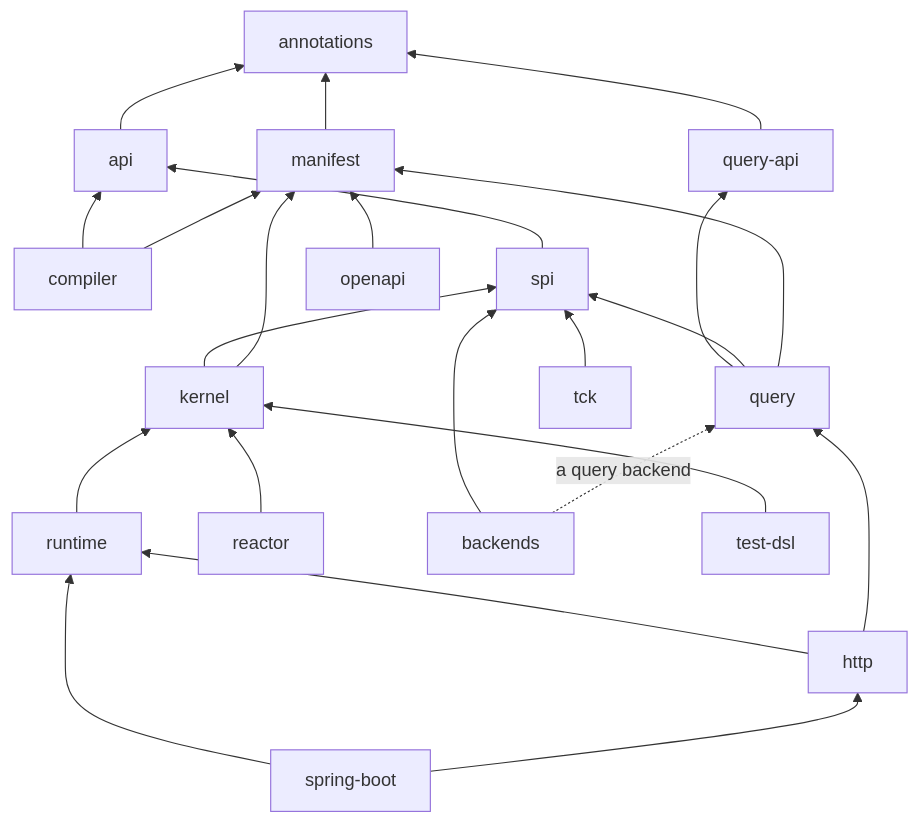
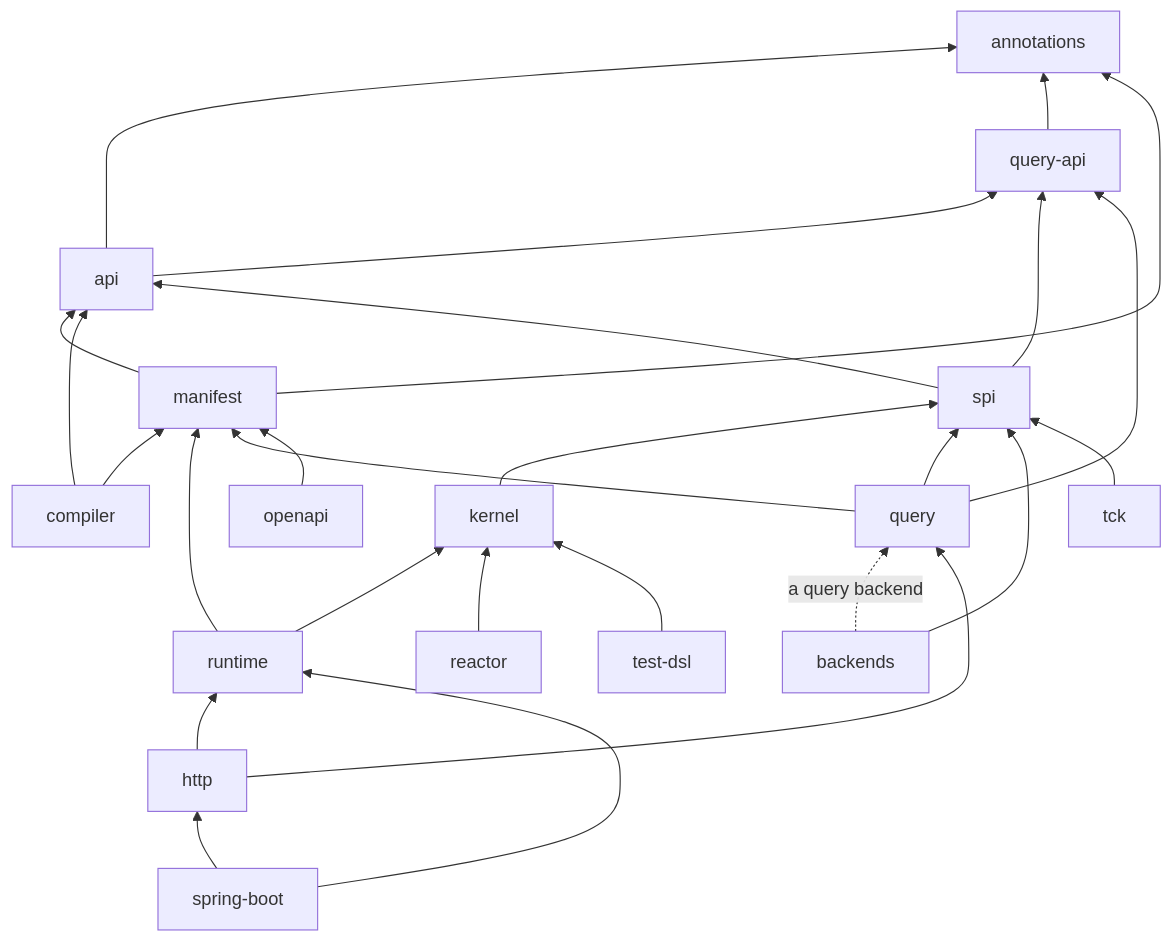
One commit to Ahoo-Wang/Wow changed the diagram in documentation/docs/en/contribute/index.md. Above: the diagram before and after it, drawn with Mermaid. The commit also changed other lines of this file and 25 other files, not shown here.

````diff
--- a/documentation/docs/en/contribute/index.md
+++ b/documentation/docs/en/contribute/index.md
@@ -35,20 +35,20 @@
 ```mermaid
 flowchart BT
     ANN[annotations]
-    API[api] --> ANN
+    API[api] --> ANN & QAPI
     QAPI[query-api] --> ANN
-    MAN[manifest] --> ANN
+    MAN[manifest] --> ANN & API
     COMP[compiler] --> API & MAN
-    SPI[spi] --> API
-    KER[kernel] --> SPI & MAN
-    RT[runtime] --> KER
+    SPI[spi] --> API & QAPI
+    KER[kernel] --> SPI
+    RT[runtime] --> KER & MAN
     RX[reactor] --> KER
     Q[query] --> QAPI & SPI & MAN
     BE[backends] --> SPI
     BE -. a query backend .-> Q
     HTTP[http] --> RT & Q
     OAPI[openapi] --> MAN
     HOST[spring-boot] --> RT & HTTP
     TEST[test-dsl] --> KER
     TCK[tck] --> SPI
 ```
````
